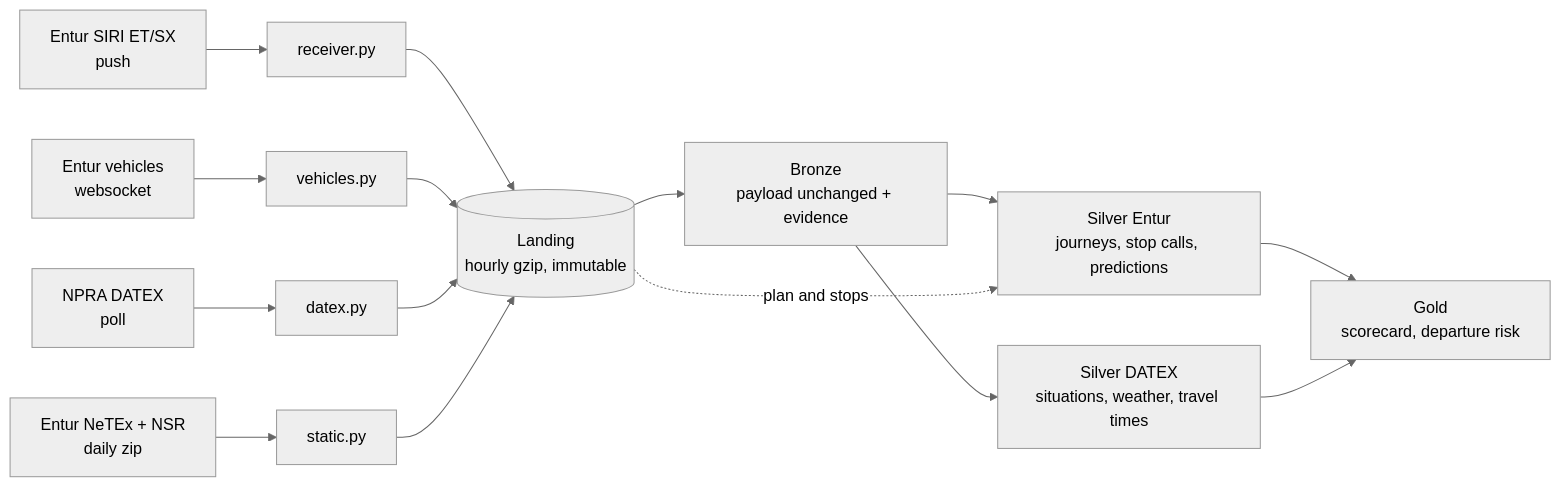
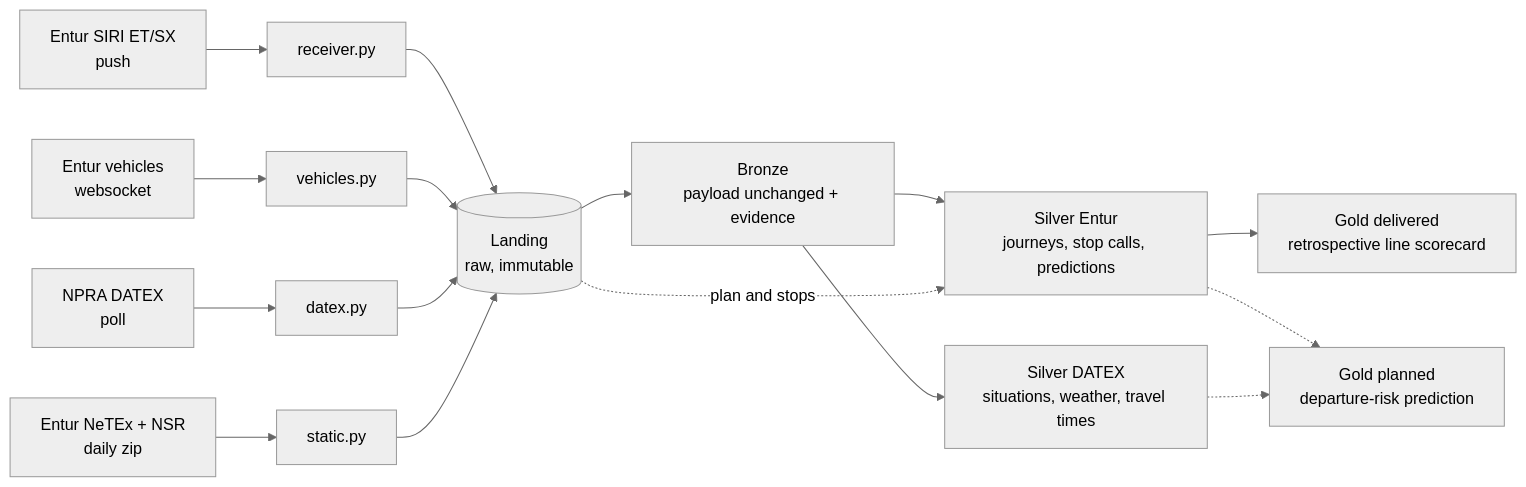
One commit to DanyGoT/dat535-group21 changed the diagram in docs/report/overview.md. Above: the diagram before and after it, drawn with Mermaid (neutral theme). The commit also changed other lines of this file and 19 other files, not shown here.

````diff
--- a/docs/report/overview.md
+++ b/docs/report/overview.md
@@ -18,15 +17,16 @@
 ```mermaid
 flowchart LR
     E[Entur SIRI ET/SX<br/>push] --> R[receiver.py]
     V[Entur vehicles<br/>websocket] --> W[vehicles.py]
     N[NPRA DATEX<br/>poll] --> D[datex.py]
     T[Entur NeTEx + NSR<br/>daily zip] --> S[static.py]
-    R & W & D --> L[(Landing<br/>hourly gzip, immutable)]
+    R & W & D --> L[(Landing<br/>raw, immutable)]
     S --> L
     L --> B[Bronze<br/>payload unchanged + evidence]
     B --> SE[Silver Entur<br/>journeys, stop calls, predictions]
     B --> SD[Silver DATEX<br/>situations, weather, travel times]
     L -. plan and stops .-> SE
-    SE --> G[Gold<br/>scorecard, departure risk]
-    SD --> G
+    SE --> G[Gold delivered<br/>retrospective line scorecard]
+    SE -.-> P[Gold planned<br/>departure-risk prediction]
+    SD -.-> P
 ```
````
